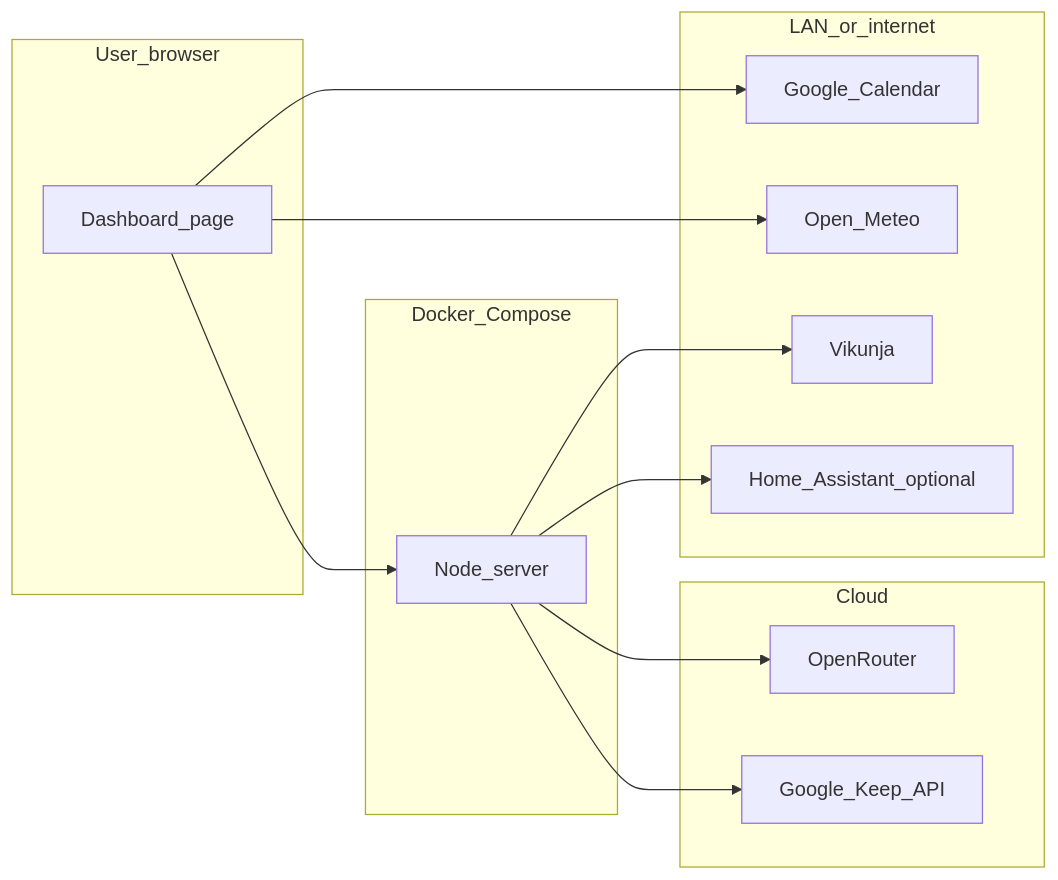
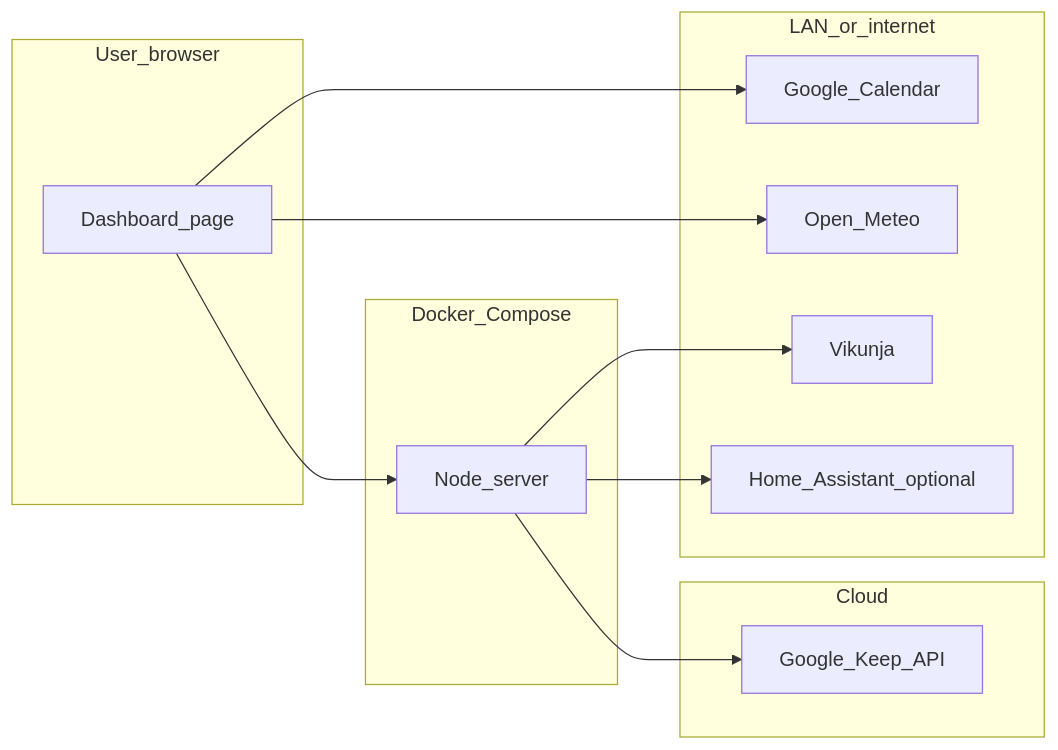
One commit to hastyjaybird/dashbird changed the diagram in docs/v2-roadmap.md. Above: the diagram before and after it, drawn with Mermaid. The commit also changed other lines of this file and 105 other files, not shown here.

````diff
--- a/docs/v2-roadmap.md
+++ b/docs/v2-roadmap.md
@@ -44,26 +44,24 @@
 ```mermaid
 flowchart LR
   subgraph userBrowser [User_browser]
     dashPage[Dashboard_page]
   end
   subgraph compose [Docker_Compose]
     appServer[Node_server]
   end
   subgraph cloud [Cloud]
-    openrouter[OpenRouter]
     gkeep[Google_Keep_API]
   end
   subgraph network [LAN_or_internet]
     gcal[Google_Calendar]
     om[Open_Meteo]
     vikunja[Vikunja]
     homeassistant[Home_Assistant_optional]
   end
   dashPage --> appServer
   dashPage --> om
   dashPage --> gcal
-  appServer --> openrouter
   appServer --> vikunja
   appServer --> gkeep
   appServer --> homeassistant
 ```
````
